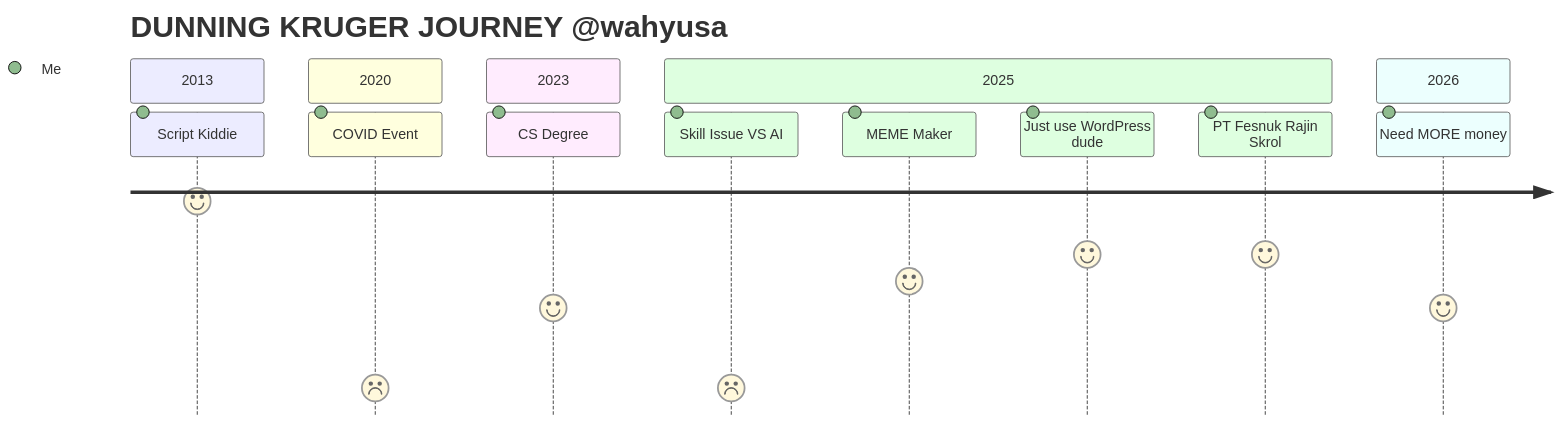
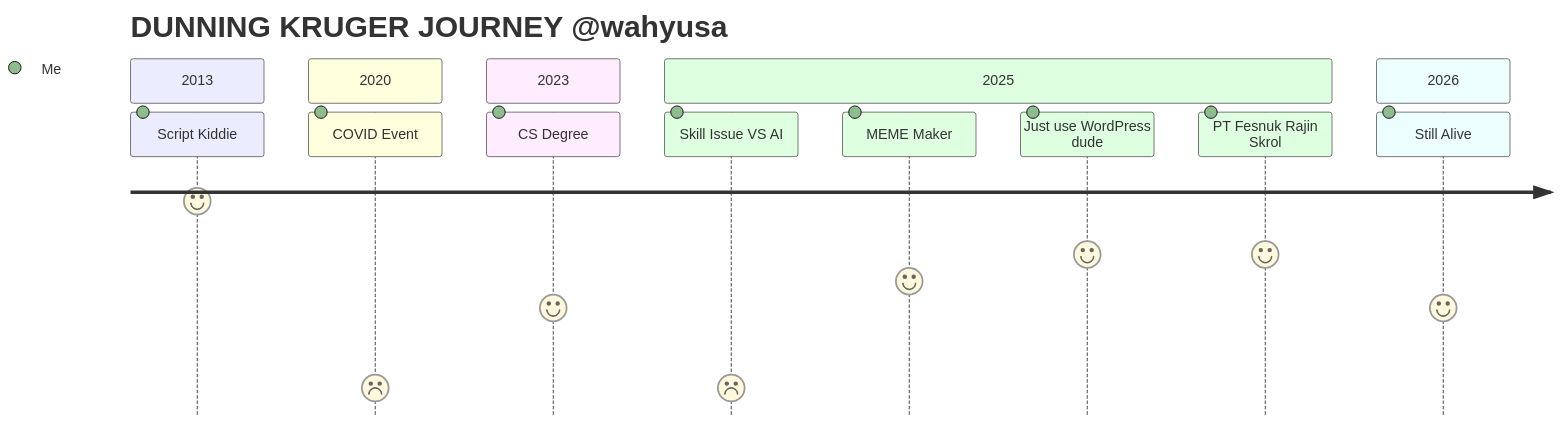
One commit to wahyusa/wahyusa changed the diagram in README.md. Above: the diagram before and after it, drawn with Mermaid. The commit also changed other lines of this file, not shown here.

````diff
--- a/README.md
+++ b/README.md
@@ -48,17 +39,17 @@
 ```mermaid
 journey
     title DUNNING KRUGER JOURNEY @wahyusa
     section 2013
       Script Kiddie: 8: Me
     section 2020
       COVID Event: 1: Me
     section 2023
       CS Degree: 4: Me
     section 2025
       Skill Issue VS AI : 1: Me
       MEME Maker : 5 : Me
       Just use WordPress dude : 6 : Me
       PT Fesnuk Rajin Skrol: 6 : Me
     section 2026
-      Need MORE money : 4 : Me
+      Still Alive : 4 : Me
 ```
````
